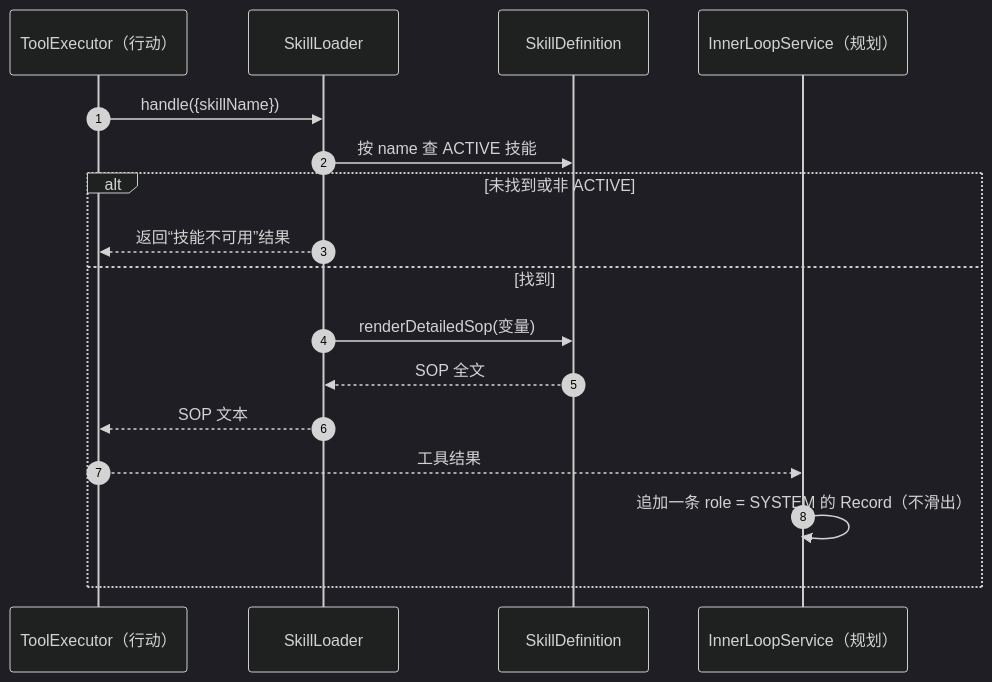
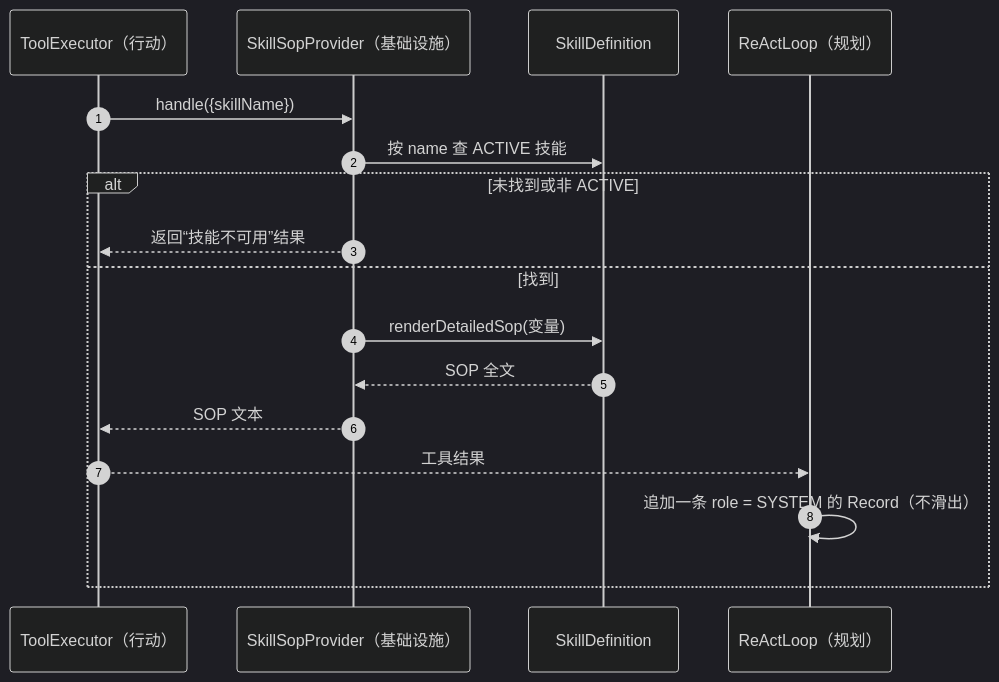
The sixth of 6 diagrams in model/模块-记忆.md (zcd0831/Jellyfish-Docs), drawn with Mermaid (dark theme) before and after one commit. The commit also changed other lines of this file and 9 other files, not shown here.

````diff
--- a/model/模块-记忆.md
+++ b/model/模块-记忆.md
@@ -475,20 +460,20 @@
 ```mermaid
 sequenceDiagram
     autonumber
     participant TE as ToolExecutor（行动）
-    participant L as SkillLoader
+    participant L as SkillSopProvider（基础设施）
     participant SK as SkillDefinition
-    participant IL as InnerLoopService（规划）
+    participant IL as ReActLoop（规划）
 
     TE->>L: handle({skillName})
     L->>SK: 按 name 查 ACTIVE 技能
     alt 未找到或非 ACTIVE
         L-->>TE: 返回“技能不可用”结果
     else 找到
         L->>SK: renderDetailedSop(变量)
         SK-->>L: SOP 全文
         L-->>TE: SOP 文本
         TE-->>IL: 工具结果
         IL->>IL: 追加一条 role = SYSTEM 的 Record（不滑出）
     end
 ```
````
